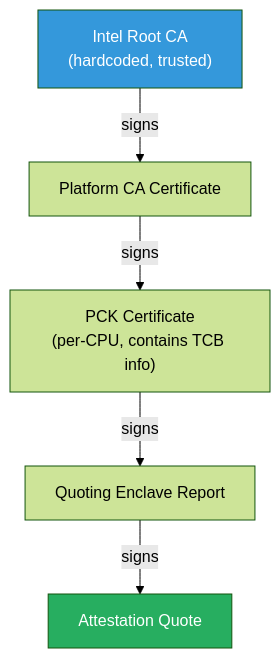
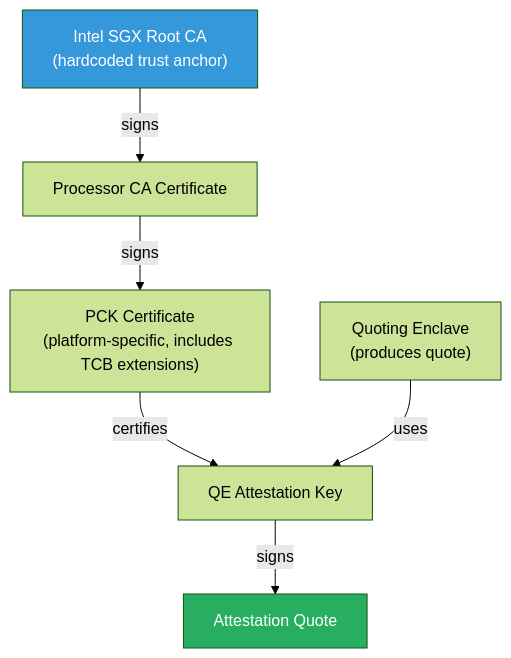
Before and after one commit to V-k-h/roots-of-trust: the first of 6 diagrams in posts/01-x509-verification-on-chain.md, drawn with Mermaid (forest theme). The commit also changed other lines of this file, not shown here.

````diff
--- a/posts/01-x509-verification-on-chain.md
+++ b/posts/01-x509-verification-on-chain.md
@@ -17,16 +20,18 @@
 ```mermaid
 flowchart TD
-    Root["Intel Root CA<br>(hardcoded, trusted)"]
-    Platform["Platform CA Certificate"]
-    PCK["PCK Certificate<br>(per-CPU, contains TCB info)"]
-    QE["Quoting Enclave Report"]
+    Root["Intel SGX Root CA<br>(hardcoded trust anchor)"]
+    ProcCA["Processor CA Certificate"]
+    PCK["PCK Certificate<br>(platform-specific, includes TCB extensions)"]
+    QE["Quoting Enclave<br>(produces quote)"]
+    AK["QE Attestation Key"]
     Quote["Attestation Quote"]
     
-    Root -->|signs| Platform
-    Platform -->|signs| PCK
-    PCK -->|signs| QE
-    QE -->|signs| Quote
+    Root -->|signs| ProcCA
+    ProcCA -->|signs| PCK
+    PCK -->|certifies| AK
+    QE -->|uses| AK
+    AK -->|signs| Quote
     
     style Root fill:#3498db,color:#fff
     style Quote fill:#27ae60,color:#fff
 ```
````
